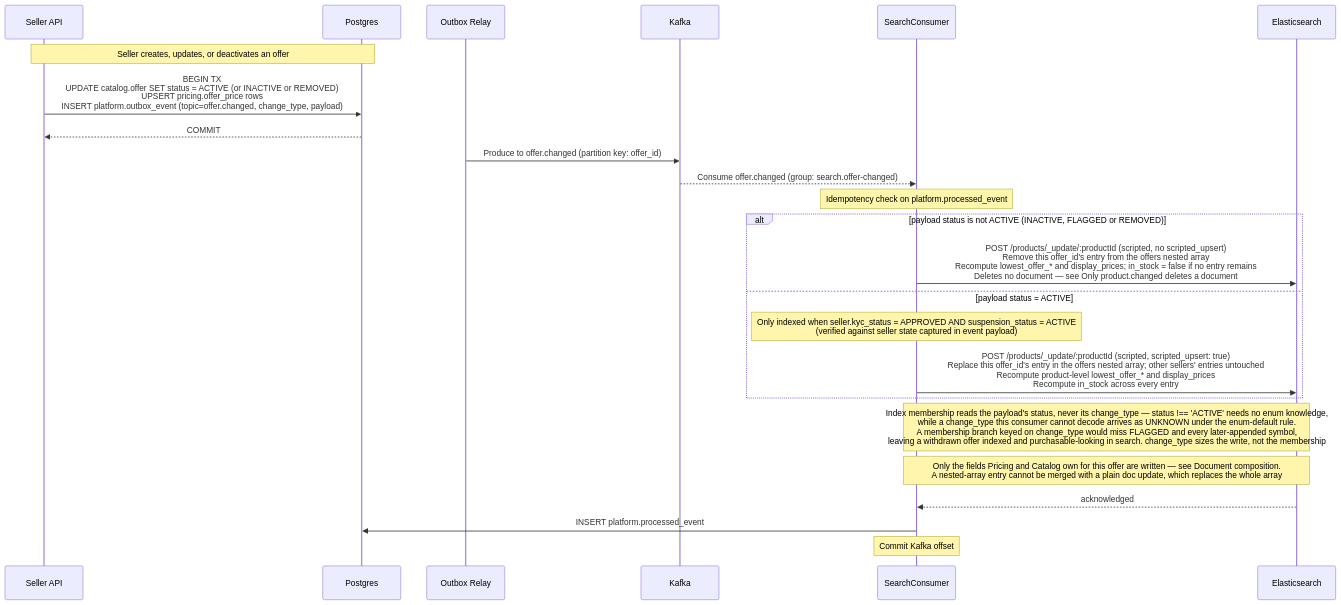
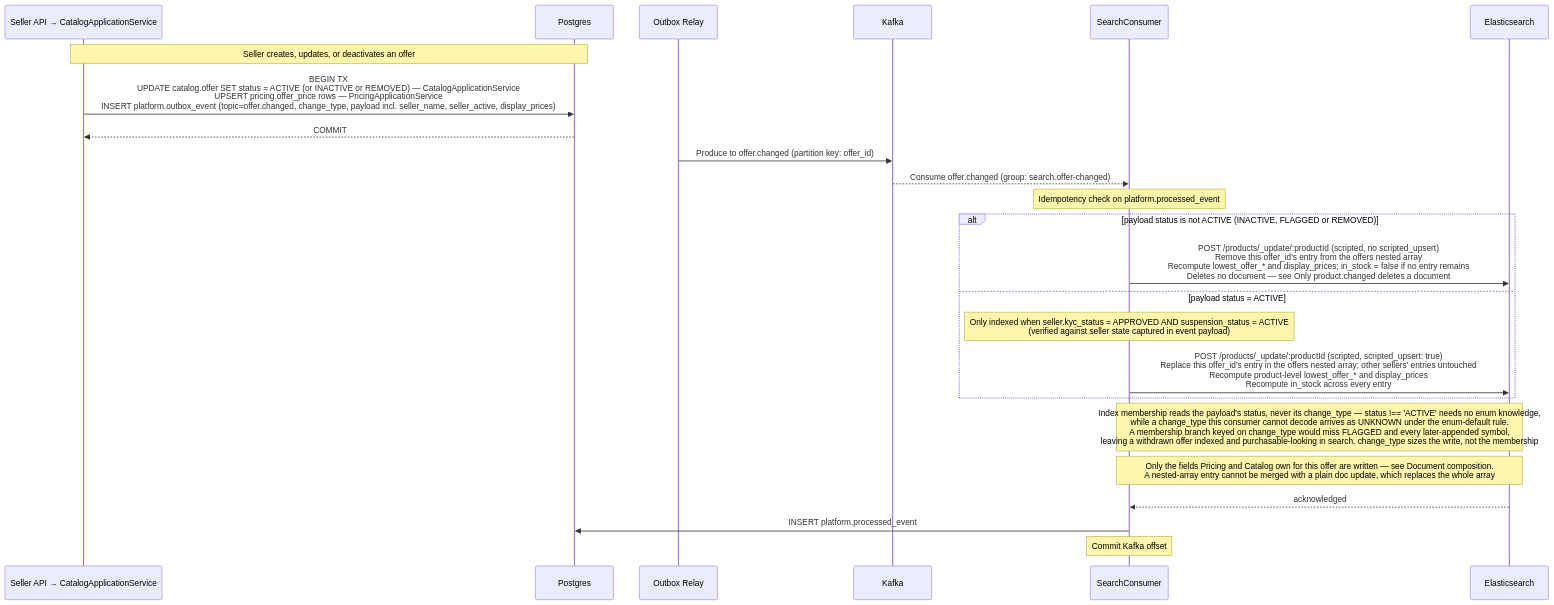
One commit to alisa-uthi/aliceut-ecom-document changed the third of 9 diagrams in phase-1/technical-design/api-design/search.md. Above: the diagram before and after it, drawn with Mermaid. The commit also changed other lines of this file and 17 other files, not shown here.

````diff
--- a/phase-1/technical-design/api-design/search.md
+++ b/phase-1/technical-design/api-design/search.md
@@ -328,30 +328,30 @@
 ```mermaid
 sequenceDiagram
-    participant SellerAPI as Seller API
+    participant SellerAPI as Seller API → CatalogApplicationService
     participant Postgres
     participant Relay as Outbox Relay
     participant Kafka
     participant Consumer as SearchConsumer
     participant ES as Elasticsearch
 
     Note over SellerAPI,Postgres: Seller creates, updates, or deactivates an offer
-    SellerAPI->>Postgres: BEGIN TX<br/>UPDATE catalog.offer SET status = ACTIVE (or INACTIVE or REMOVED)<br/>UPSERT pricing.offer_price rows<br/>INSERT platform.outbox_event (topic=offer.changed, change_type, payload)
+    SellerAPI->>Postgres: BEGIN TX<br/>UPDATE catalog.offer SET status = ACTIVE (or INACTIVE or REMOVED) — CatalogApplicationService<br/>UPSERT pricing.offer_price rows — PricingApplicationService<br/>INSERT platform.outbox_event (topic=offer.changed, change_type, payload incl. seller_name, seller_active, display_prices)
     Postgres-->>SellerAPI: COMMIT
 
     Relay->>Kafka: Produce to offer.changed (partition key: offer_id)
 
     Kafka-->>Consumer: Consume offer.changed (group: search.offer-changed)
     Note over Consumer: Idempotency check on platform.processed_event
 
     alt payload status is not ACTIVE (INACTIVE, FLAGGED or REMOVED)
         Consumer->>ES: POST /products/_update/:productId (scripted, no scripted_upsert)<br/>Remove this offer_id's entry from the offers nested array<br/>Recompute lowest_offer_* and display_prices#59; in_stock = false if no entry remains<br/>Deletes no document — see Only product.changed deletes a document
     else payload status = ACTIVE
         Note over Consumer: Only indexed when seller.kyc_status = APPROVED AND suspension_status = ACTIVE<br/>(verified against seller state captured in event payload)
         Consumer->>ES: POST /products/_update/:productId (scripted, scripted_upsert: true)<br/>Replace this offer_id's entry in the offers nested array#59; other sellers' entries untouched<br/>Recompute product-level lowest_offer_* and display_prices<br/>Recompute in_stock across every entry
     end
     Note over Consumer,ES: Index membership reads the payload's status, never its change_type — status !== 'ACTIVE' needs no enum knowledge,<br/>while a change_type this consumer cannot decode arrives as UNKNOWN under the enum-default rule.<br/>A membership branch keyed on change_type would miss FLAGGED and every later-appended symbol,<br/>leaving a withdrawn offer indexed and purchasable-looking in search. change_type sizes the write, not the membership
     Note over Consumer,ES: Only the fields Pricing and Catalog own for this offer are written — see Document composition.<br/>A nested-array entry cannot be merged with a plain doc update, which replaces the whole array
     ES-->>Consumer: acknowledged
     Consumer->>Postgres: INSERT platform.processed_event
     Note over Consumer: Commit Kafka offset
 ```
````
